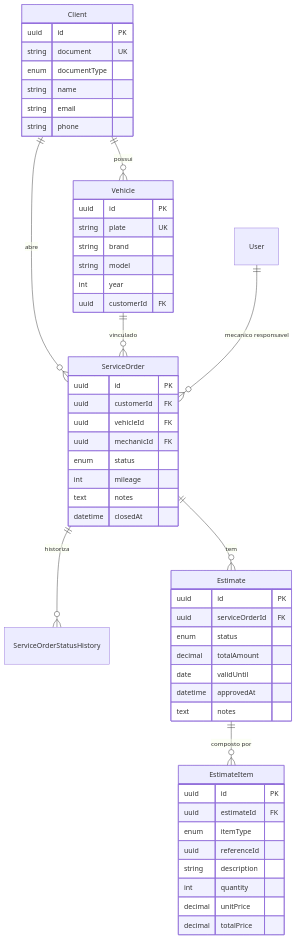
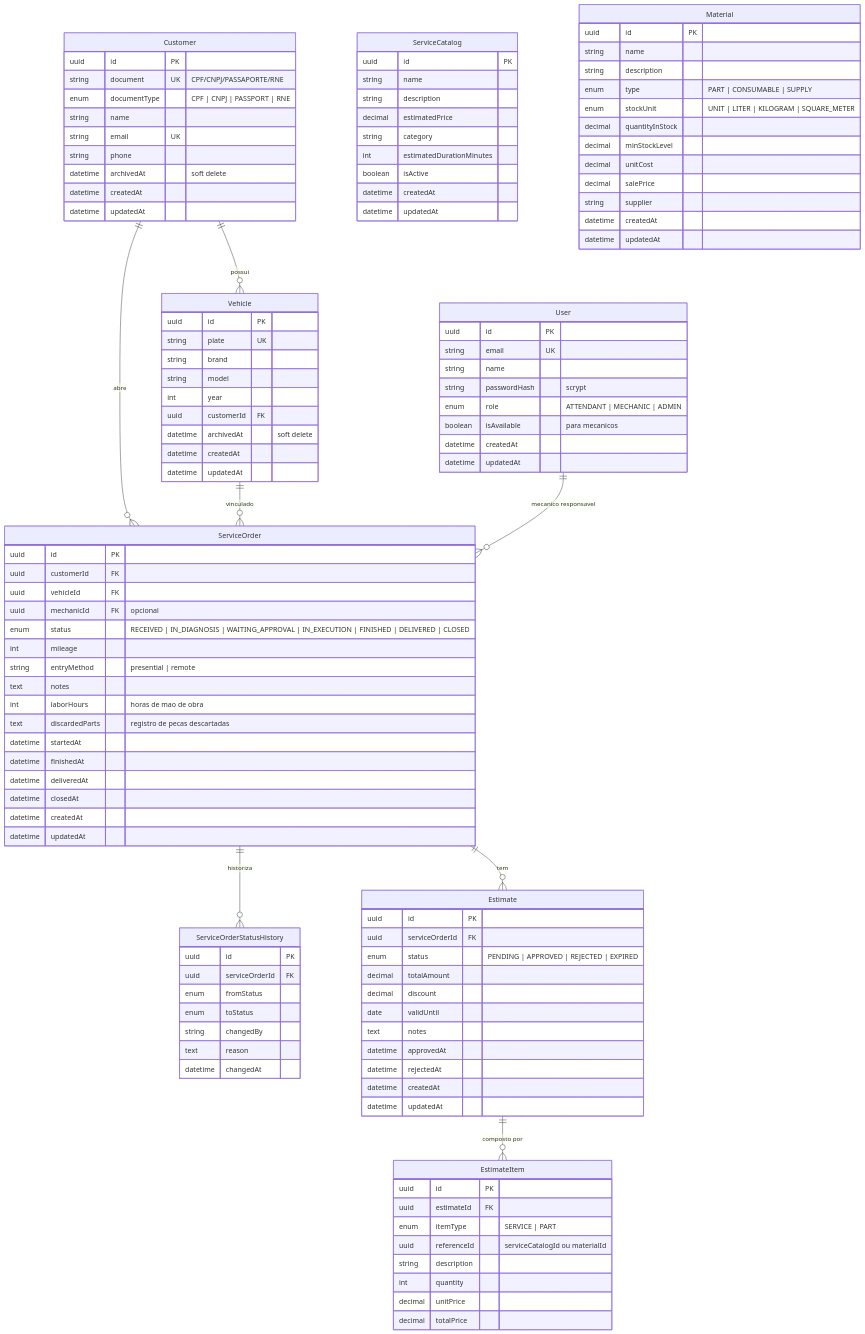
Before and after one commit to DevKaue/TechChallange: the diagram in docs/diagrams/02-modelo-dados.mmd, drawn with Mermaid. The commit also changed 6 other files, not shown here.

Commit message:
Fluxos mermaid atualizados

```diff
--- a/docs/diagrams/02-modelo-dados.mmd
+++ b/docs/diagrams/02-modelo-dados.mmd
@@ -1,58 +1,124 @@
 erDiagram
-    Client ||--o{ Vehicle : "possui"
-    Client ||--o{ ServiceOrder : "abre"
+    Customer ||--o{ Vehicle : "possui"
+    Customer ||--o{ ServiceOrder : "abre"
     Vehicle ||--o{ ServiceOrder : "vinculado"
+    User ||--o{ ServiceOrder : "mecanico responsavel"
     ServiceOrder ||--o{ ServiceOrderStatusHistory : "historiza"
     ServiceOrder ||--o{ Estimate : "tem"
     Estimate ||--o{ EstimateItem : "composto por"
-    User ||--o{ ServiceOrder : "mecanico responsavel"
 
-    Client {
+    Customer {
         uuid id PK
-        string document UK
-        enum documentType
+        string document UK "CPF/CNPJ/PASSAPORTE/RNE"
+        enum documentType "CPF | CNPJ | PASSPORT | RNE"
         string name
-        string email
+        string email UK
         string phone
+        datetime archivedAt "soft delete"
+        datetime createdAt
+        datetime updatedAt
     }
 
     Vehicle {
         uuid id PK
         string plate UK
         string brand
         string model
         int year
         uuid customerId FK
+        datetime archivedAt "soft delete"
+        datetime createdAt
+        datetime updatedAt
+    }
+
+    User {
+        uuid id PK
+        string email UK
+        string name
+        string passwordHash "scrypt"
+        enum role "ATTENDANT | MECHANIC | ADMIN"
+        boolean isAvailable "para mecanicos"
+        datetime createdAt
+        datetime updatedAt
+    }
+
+    ServiceCatalog {
+        uuid id PK
+        string name
+        string description
+        decimal estimatedPrice
+        string category
+        int estimatedDurationMinutes
+        boolean isActive
+        datetime createdAt
+        datetime updatedAt
+    }
+
+    Material {
+        uuid id PK
+        string name
+        string description
+        enum type "PART | CONSUMABLE | SUPPLY"
+        enum stockUnit "UNIT | LITER | KILOGRAM | SQUARE_METER"
+        decimal quantityInStock
+        decimal minStockLevel
+        decimal unitCost
+        decimal salePrice
+        string supplier
+        datetime createdAt
+        datetime updatedAt
     }
 
     ServiceOrder {
         uuid id PK
         uuid customerId FK
         uuid vehicleId FK
-        uuid mechanicId FK
-        enum status
+        uuid mechanicId FK "opcional"
+        enum status "RECEIVED | IN_DIAGNOSIS | WAITING_APPROVAL | IN_EXECUTION | FINISHED | DELIVERED | CLOSED"
         int mileage
+        string entryMethod "presential | remote"
         text notes
+        int laborHours "horas de mao de obra"
+        text discardedParts "registro de pecas descartadas"
+        datetime startedAt
+        datetime finishedAt
+        datetime deliveredAt
         datetime closedAt
+        datetime createdAt
+        datetime updatedAt
+    }
+
+    ServiceOrderStatusHistory {
+        uuid id PK
+        uuid serviceOrderId FK
+        enum fromStatus
+        enum toStatus
+        string changedBy
+        text reason
+        datetime changedAt
     }
 
     Estimate {
         uuid id PK
         uuid serviceOrderId FK
-        enum status
+        enum status "PENDING | APPROVED | REJECTED | EXPIRED"
         decimal totalAmount
+        decimal discount
         date validUntil
+        text notes
         datetime approvedAt
-        text notes
+        datetime rejectedAt
+        datetime createdAt
+        datetime updatedAt
     }
 
     EstimateItem {
         uuid id PK
         uuid estimateId FK
-        enum itemType
-        uuid referenceId
+        enum itemType "SERVICE | PART"
+        uuid referenceId "serviceCatalogId ou materialId"
         string description
         int quantity
         decimal unitPrice
         decimal totalPrice
     }
```
